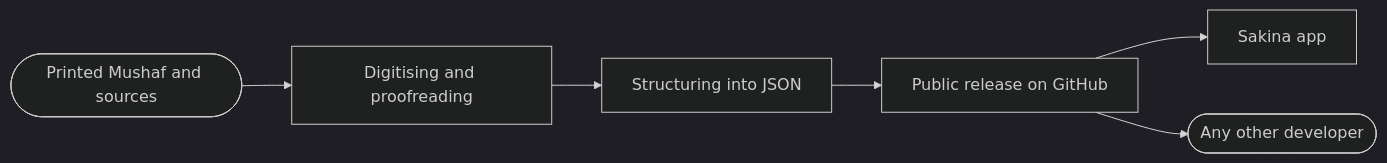
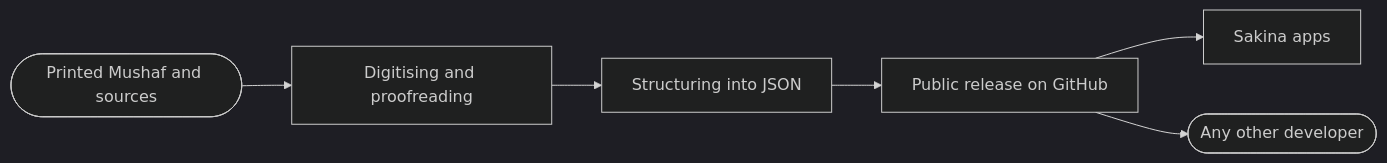
Before and after one commit to SakinaDevGroup/SakinaDevGroup: the diagram in README.md, drawn with Mermaid (dark theme). The commit also changed other lines of this file and 2 other files, not shown here.

First line of the commit message:
Add Sakina Quran to the apps section

````diff
--- a/README.md
+++ b/README.md
@@ -99,8 +122,8 @@
 ```mermaid
 flowchart LR
     A([Printed Mushaf and sources]) --> B[Digitising and proofreading]
     B --> C[Structuring into JSON]
     C --> D[Public release on GitHub]
-    D --> E[Sakina app]
+    D --> E[Sakina apps]
     D --> F([Any other developer])
 ```
````
